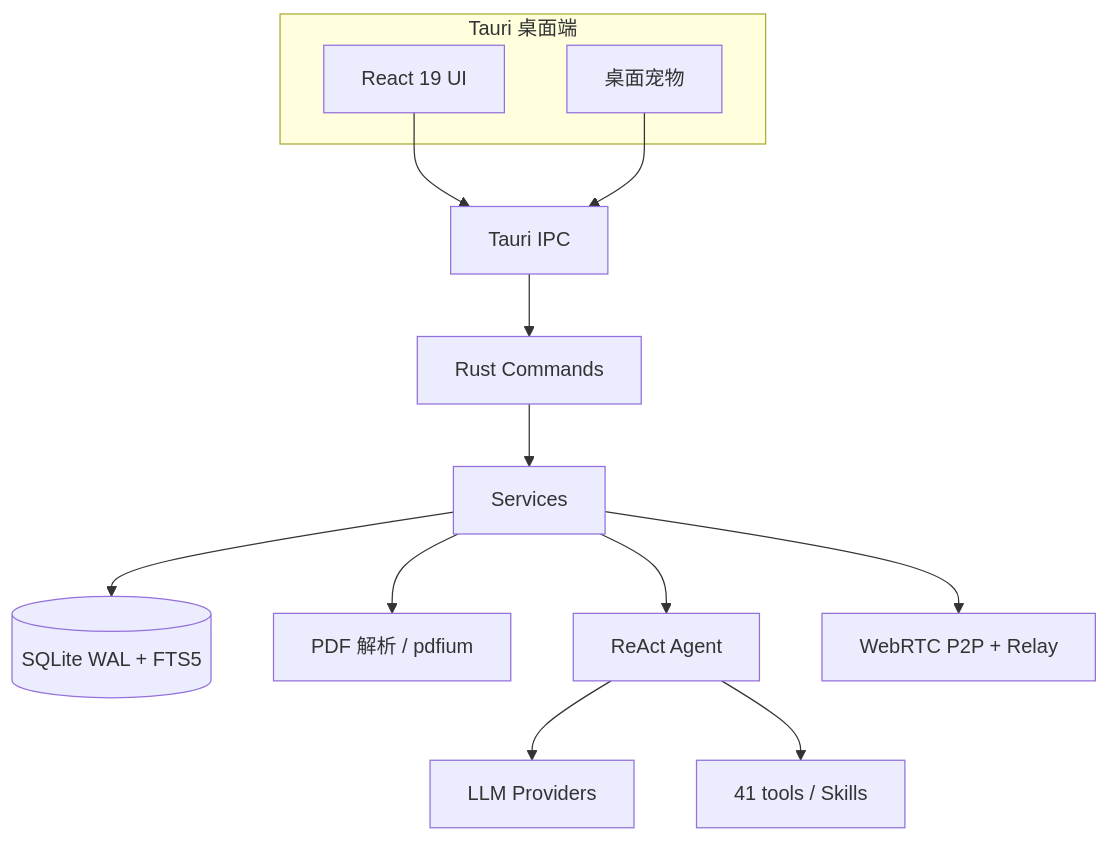
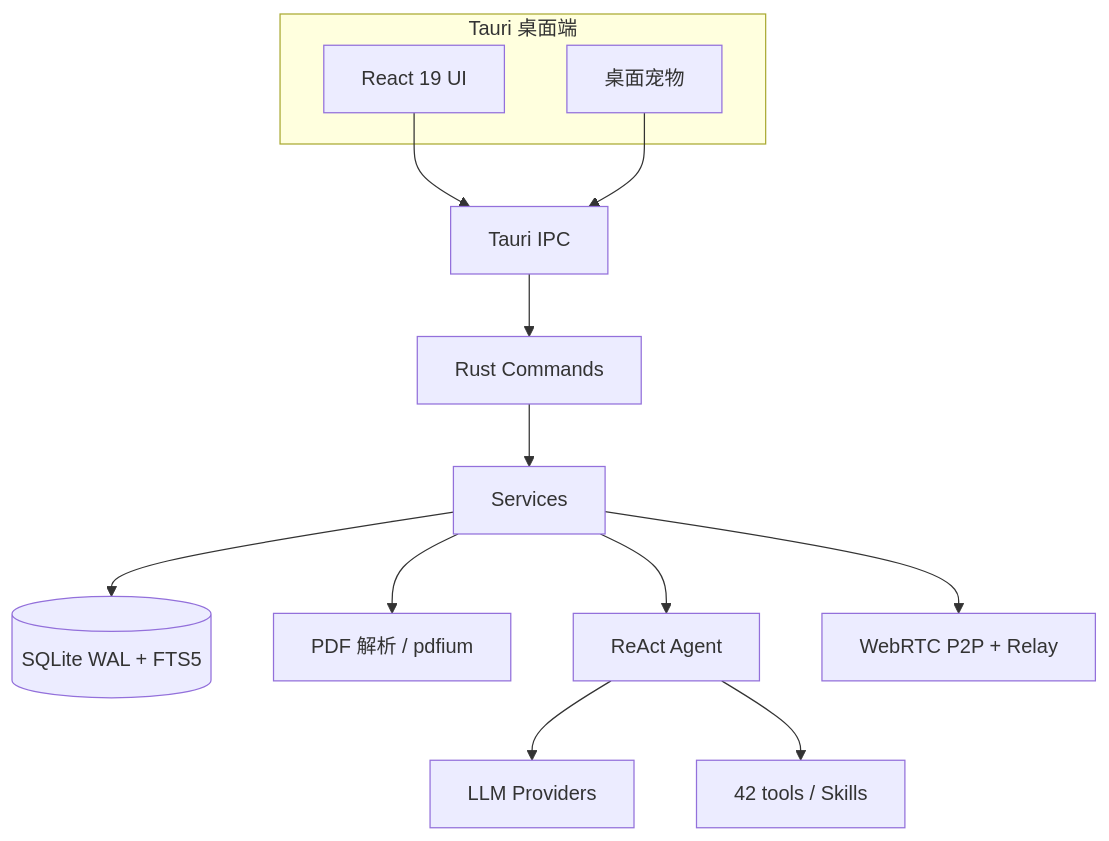
Before and after one commit to seekpath-ai/siku: the diagram in README.md, drawn with Mermaid. The commit also changed other lines of this file and 1 other file, not shown here.

First line of the commit message:
文档：同步 Agent 工具清单与工具数

````diff
--- a/README.md
+++ b/README.md
@@ -160,19 +160,19 @@
 ```mermaid
 flowchart TB
   subgraph Client["Tauri 桌面端"]
     UI["React 19 UI"]
     PET["桌面宠物"]
   end
 
   UI --> IPC["Tauri IPC"]
   PET --> IPC
 
   IPC --> CMD["Rust Commands"]
   CMD --> SVC["Services"]
   SVC --> DB[("SQLite WAL + FTS5")]
   SVC --> PDF["PDF 解析 / pdfium"]
   SVC --> AGENT["ReAct Agent"]
   AGENT --> LLM["LLM Providers"]
-  AGENT --> TOOLS["41 tools / Skills"]
+  AGENT --> TOOLS["42 tools / Skills"]
   SVC --> SYNC["WebRTC P2P + Relay"]
 ```
````
